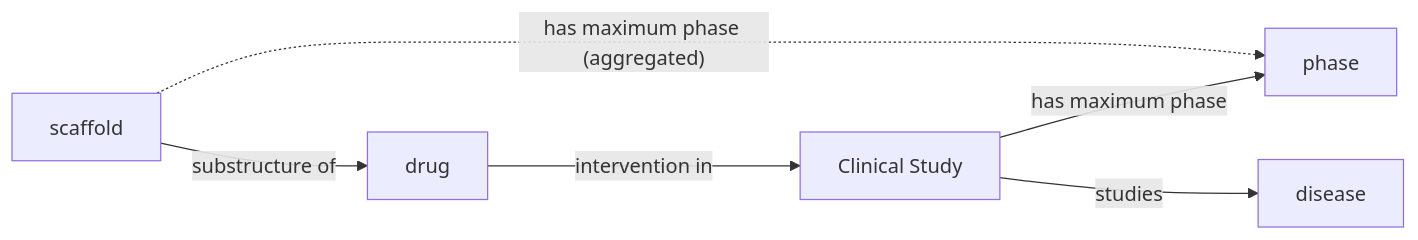
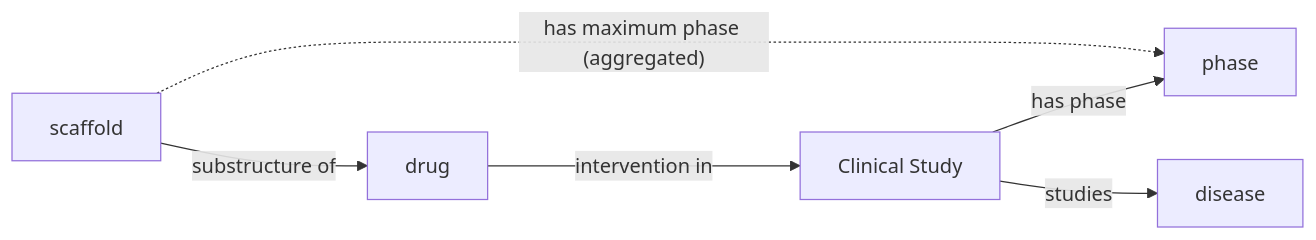
One commit to cthoyt/cthoyt.github.io changed the third of 7 diagrams in _posts/2025-01-23-clinical-trials-model.md. Above: the diagram before and after it, drawn with Mermaid. The commit also changed other lines of this file, not shown here.

````diff
--- a/_posts/2025-01-23-clinical-trials-model.md
+++ b/_posts/2025-01-23-clinical-trials-model.md
@@ -270,6 +272,6 @@
 ```mermaid
    graph LR
-     scaffold -- substructure of --> drug -- intervention in --> trial[Clinical Study] -- has maximum phase --> phase
+     scaffold -- substructure of --> drug -- intervention in --> trial[Clinical Study] -- has phase --> phase
      trial -- studies --> disease
      scaffold -. has maximum phase (aggregated) .-> phase
 ```
````
